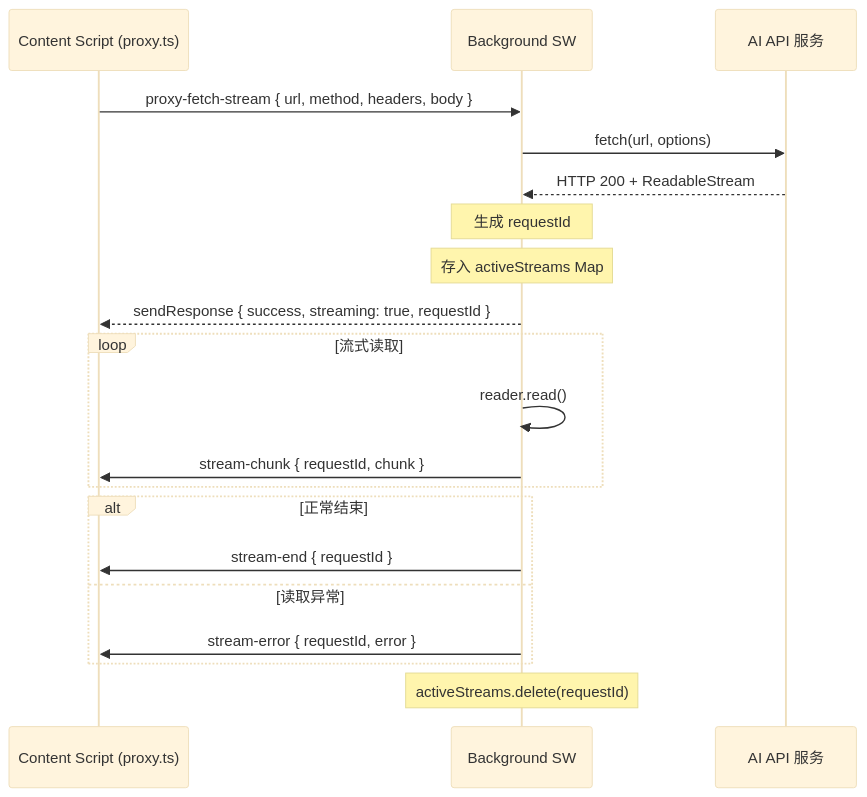
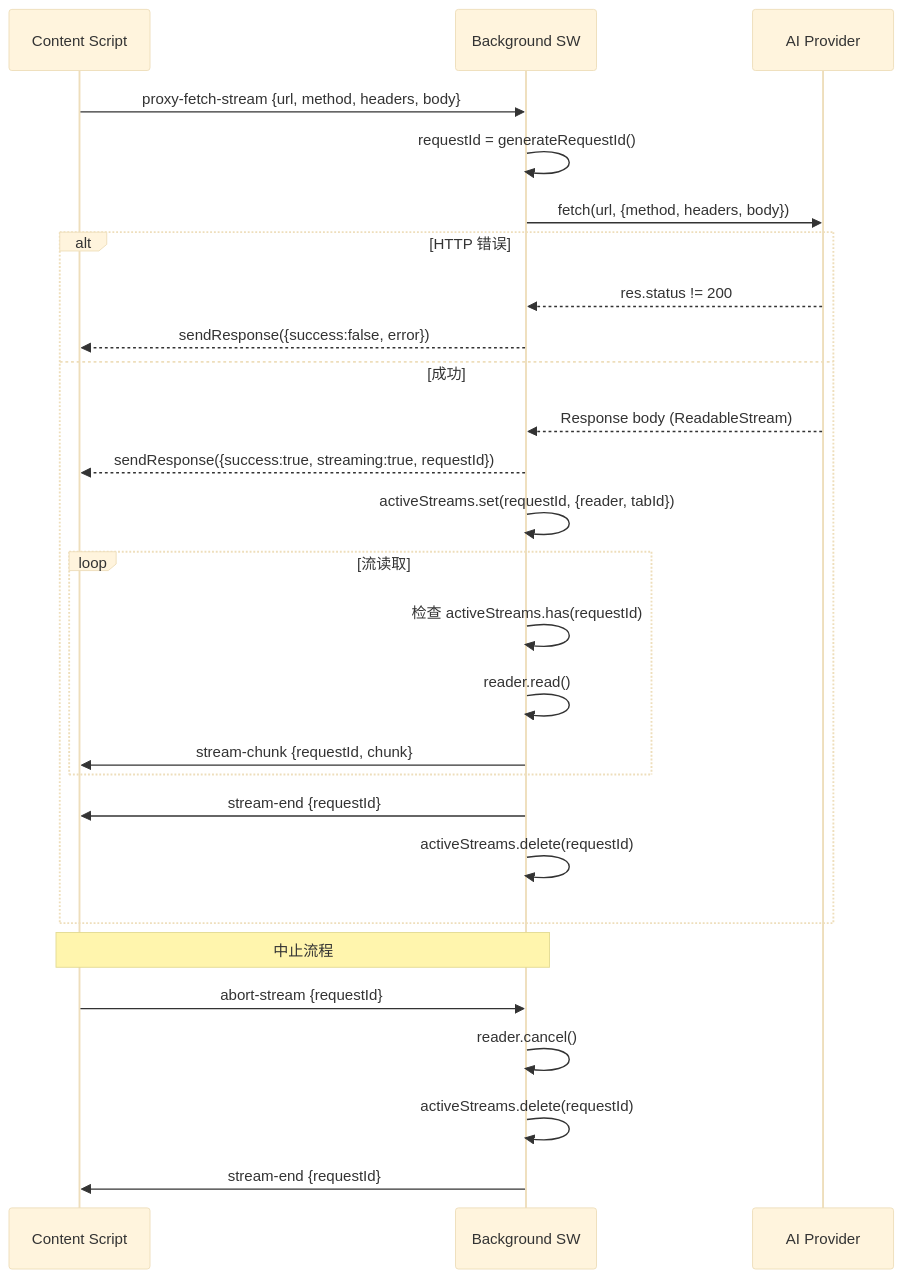
Before and after one commit to zw123zw/ai-browser: the third of 5 diagrams in docs/architecture/background-service.md, drawn with Mermaid (base theme). The commit also changed other lines of this file and 42 other files, not shown here.

````diff
--- a/docs/architecture/background-service.md
+++ b/docs/architecture/background-service.md
@@ -196,27 +107,34 @@
 ```mermaid
 sequenceDiagram
-    participant CS as Content Script (proxy.ts)
+    participant CS as Content Script
     participant BG as Background SW
-    participant API as AI API 服务
+    participant API as AI Provider
 
-    CS->>BG: proxy-fetch-stream { url, method, headers, body }
-    BG->>API: fetch(url, options)
-    API-->>BG: HTTP 200 + ReadableStream
+    CS->>BG: proxy-fetch-stream {url, method, headers, body}
+    BG->>BG: requestId = generateRequestId()
+    BG->>API: fetch(url, {method, headers, body})
 
-    Note over BG: 生成 requestId
-    Note over BG: 存入 activeStreams Map
-    BG-->>CS: sendResponse { success, streaming: true, requestId }
+    alt HTTP 错误
+        API-->>BG: res.status != 200
+        BG-->>CS: sendResponse({success:false, error})
+    else 成功
+        API-->>BG: Response body (ReadableStream)
+        BG-->>CS: sendResponse({success:true, streaming:true, requestId})
+        BG->>BG: activeStreams.set(requestId, {reader, tabId})
 
-    loop 流式读取
-        BG->>BG: reader.read()
-        BG->>CS: stream-chunk { requestId, chunk }
+        loop 流读取
+            BG->>BG: 检查 activeStreams.has(requestId)
+            BG->>BG: reader.read()
+            BG->>CS: stream-chunk {requestId, chunk}
+        end
+
+        BG->>CS: stream-end {requestId}
+        BG->>BG: activeStreams.delete(requestId)
     end
 
-    alt 正常结束
-        BG->>CS: stream-end { requestId }
-    else 读取异常
-        BG->>CS: stream-error { requestId, error }
-    end
-
-    Note over BG: activeStreams.delete(requestId)
+    Note over CS,BG: 中止流程
+    CS->>BG: abort-stream {requestId}
+    BG->>BG: reader.cancel()
+    BG->>BG: activeStreams.delete(requestId)
+    BG->>CS: stream-end {requestId}
 ```
````
